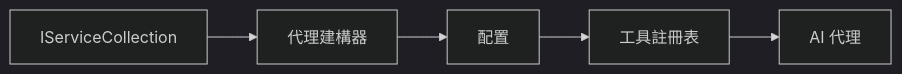
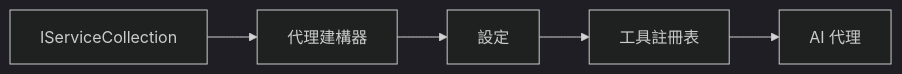
The diagram in translations/zh-TW/03-agentic-design-patterns/code_samples/03-dotnet-agent-framework.md (venturemavenwill/azureaifundamentals), drawn with Mermaid (dark theme) before and after one commit. The commit also changed other lines of this file and 2002 other files, not shown here.

````diff
--- a/translations/zh-TW/03-agentic-design-patterns/code_samples/03-dotnet-agent-framework.md
+++ b/translations/zh-TW/03-agentic-design-patterns/code_samples/03-dotnet-agent-framework.md
@@ -41,7 +41,7 @@
 ```mermaid
 graph LR
     A[IServiceCollection] --> B[代理建構器]
-    B --> C[配置]
+    B --> C[設定]
     C --> D[工具註冊表]
     D --> E[AI 代理]
 ```
````
